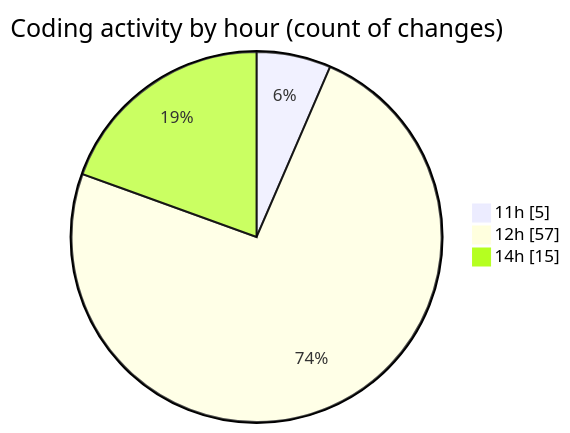
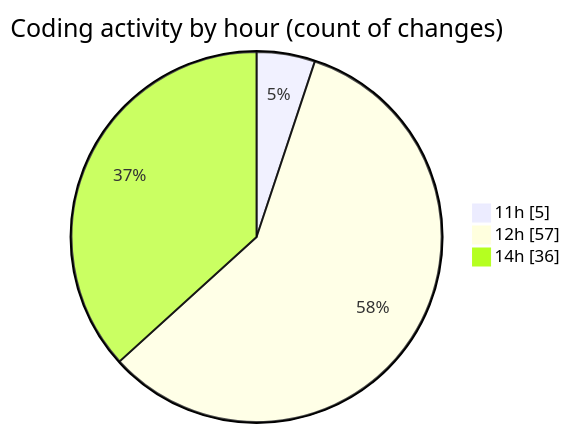
One commit to nxtqubesakshisongat/code-tracking changed the second of 2 diagrams in 2025-12-31/nxtqube_webapp/README.md. Above: the diagram before and after it, drawn with Mermaid. The commit also changed other lines of this file and 1 other file, not shown here.

````diff
--- a/2025-12-31/nxtqube_webapp/README.md
+++ b/2025-12-31/nxtqube_webapp/README.md
@@ -42,7 +43,7 @@
 ```mermaid
 pie showData
 title Coding activity by hour (count of changes)
 "11h" : 5
 "12h" : 57
-"14h" : 15
+"14h" : 36
 ```
````
